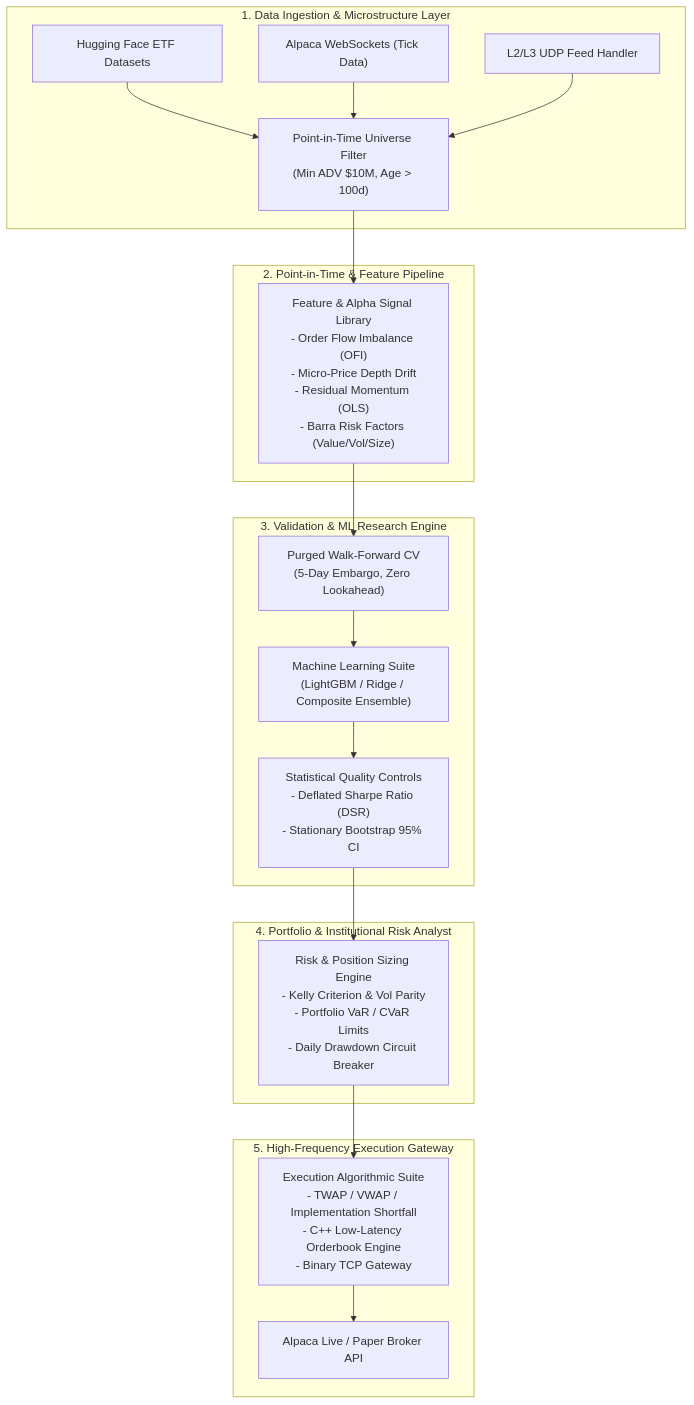
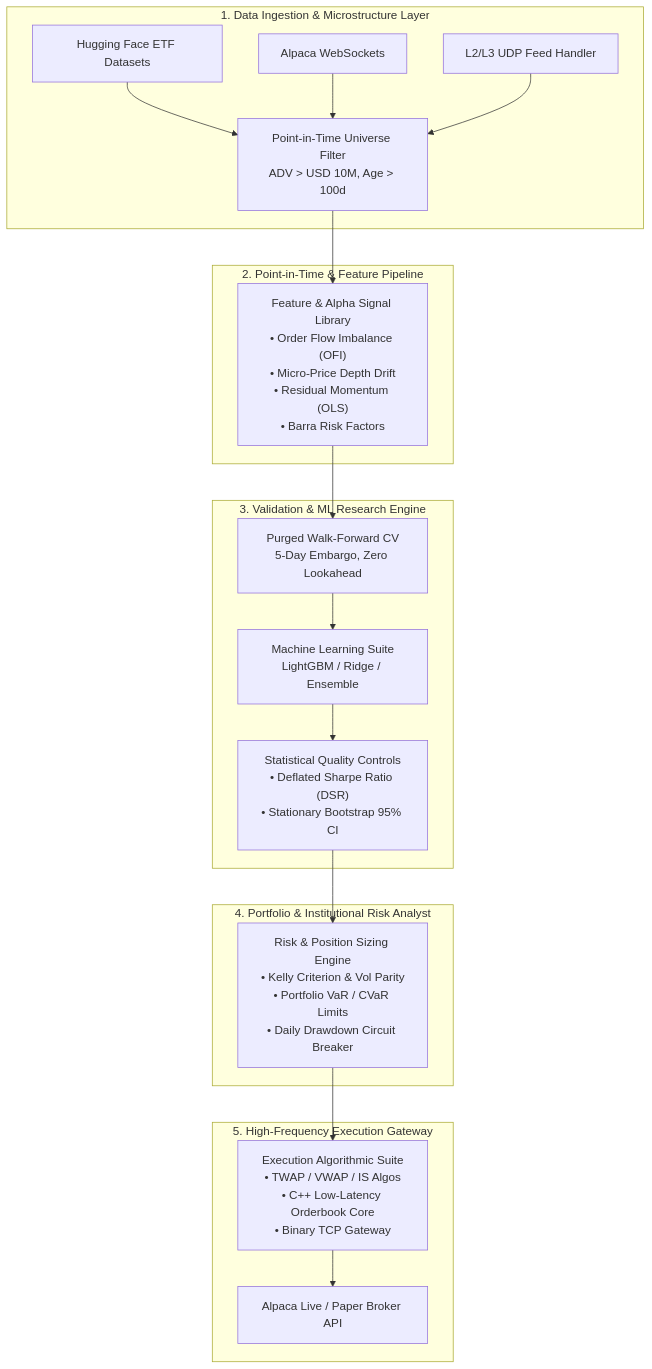
Before and after one commit to ypeng12/Quant.ai: the diagram in README.md, drawn with Mermaid.

Commit message:
fix(readme): resolve mermaid diagram rendering error on github

````diff
--- a/README.md
+++ b/README.md
@@ -44,31 +44,31 @@
 ```mermaid
 flowchart TD
-    subgraph Data_Ingestion ["1. Data Ingestion & Microstructure Layer"]
+    subgraph Data_Ingestion["1. Data Ingestion & Microstructure Layer"]
         HF["Hugging Face ETF Datasets"] --> PIT
-        AP_WS["Alpaca WebSockets (Tick Data)"] --> PIT
+        AP_WS["Alpaca WebSockets"] --> PIT
         UDP_Feed["L2/L3 UDP Feed Handler"] --> PIT
     end
 
-    subgraph PIT_Engine ["2. Point-in-Time & Feature Pipeline"]
-        PIT["Point-in-Time Universe Filter\n(Min ADV $10M, Age > 100d)"] --> FEAT
-        FEAT["Feature & Alpha Signal Library\n- Order Flow Imbalance (OFI)\n- Micro-Price Depth Drift\n- Residual Momentum (OLS)\n- Barra Risk Factors (Value/Vol/Size)"]
+    subgraph PIT_Engine["2. Point-in-Time & Feature Pipeline"]
+        PIT["Point-in-Time Universe Filter<br/>ADV > USD 10M, Age > 100d"] --> FEAT
+        FEAT["Feature & Alpha Signal Library<br/>• Order Flow Imbalance (OFI)<br/>• Micro-Price Depth Drift<br/>• Residual Momentum (OLS)<br/>• Barra Risk Factors"]
     end
 
-    subgraph Validation ["3. Validation & ML Research Engine"]
+    subgraph Validation["3. Validation & ML Research Engine"]
         FEAT --> PWF
-        PWF["Purged Walk-Forward CV\n(5-Day Embargo, Zero Lookahead)"] --> ML
-        ML["Machine Learning Suite\n(LightGBM / Ridge / Composite Ensemble)"] --> EVAL
-        EVAL["Statistical Quality Controls\n- Deflated Sharpe Ratio (DSR)\n- Stationary Bootstrap 95% CI"]
+        PWF["Purged Walk-Forward CV<br/>5-Day Embargo, Zero Lookahead"] --> ML
+        ML["Machine Learning Suite<br/>LightGBM / Ridge / Ensemble"] --> EVAL
+        EVAL["Statistical Quality Controls<br/>• Deflated Sharpe Ratio (DSR)<br/>• Stationary Bootstrap 95% CI"]
     end
 
-    subgraph Risk_Manager ["4. Portfolio & Institutional Risk Analyst"]
+    subgraph Risk_Manager["4. Portfolio & Institutional Risk Analyst"]
         EVAL --> RISK
-        RISK["Risk & Position Sizing Engine\n- Kelly Criterion & Vol Parity\n- Portfolio VaR / CVaR Limits\n- Daily Drawdown Circuit Breaker"]
+        RISK["Risk & Position Sizing Engine<br/>• Kelly Criterion & Vol Parity<br/>• Portfolio VaR / CVaR Limits<br/>• Daily Drawdown Circuit Breaker"]
     end
 
-    subgraph Execution ["5. High-Frequency Execution Gateway"]
+    subgraph Execution["5. High-Frequency Execution Gateway"]
         RISK --> EXEC
-        EXEC["Execution Algorithmic Suite\n- TWAP / VWAP / Implementation Shortfall\n- C++ Low-Latency Orderbook Engine\n- Binary TCP Gateway"] --> ALPACA
+        EXEC["Execution Algorithmic Suite<br/>• TWAP / VWAP / IS Algos<br/>• C++ Low-Latency Orderbook Core<br/>• Binary TCP Gateway"] --> ALPACA
         ALPACA["Alpaca Live / Paper Broker API"]
     end
 ```
````
